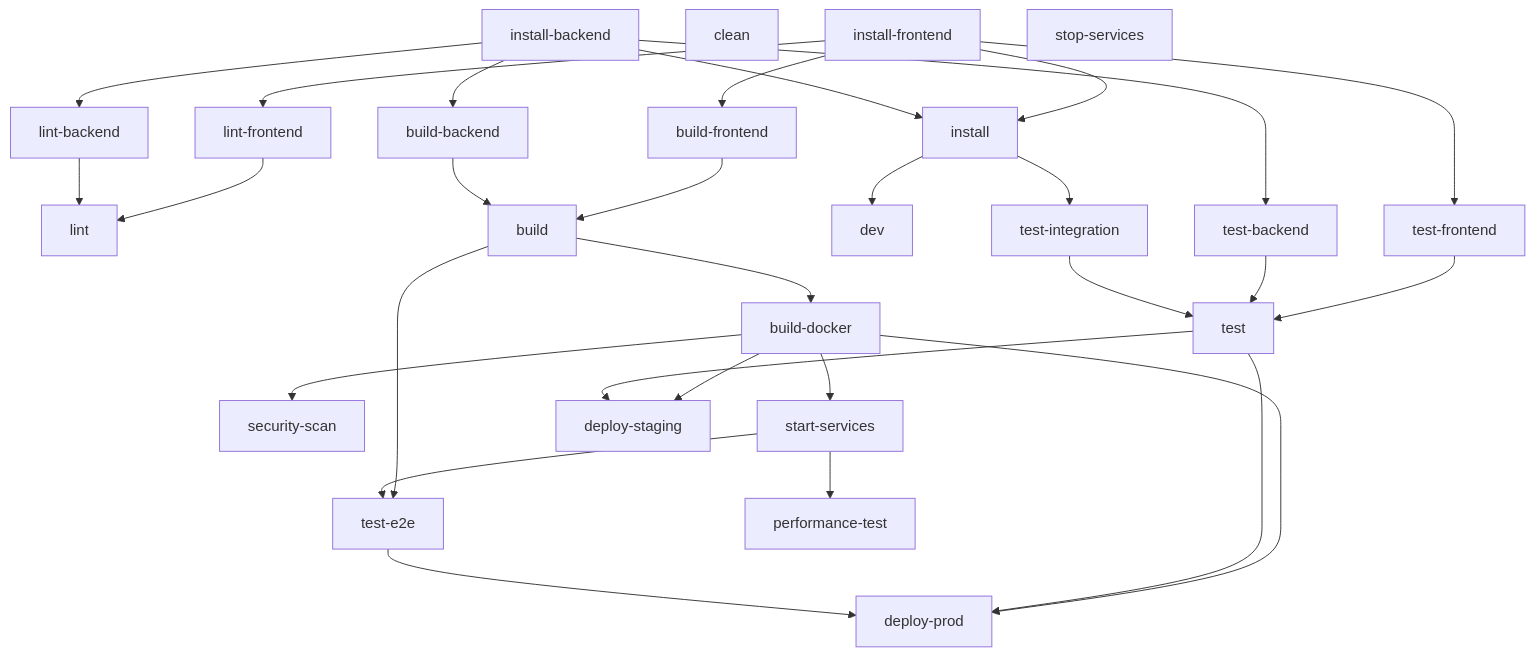
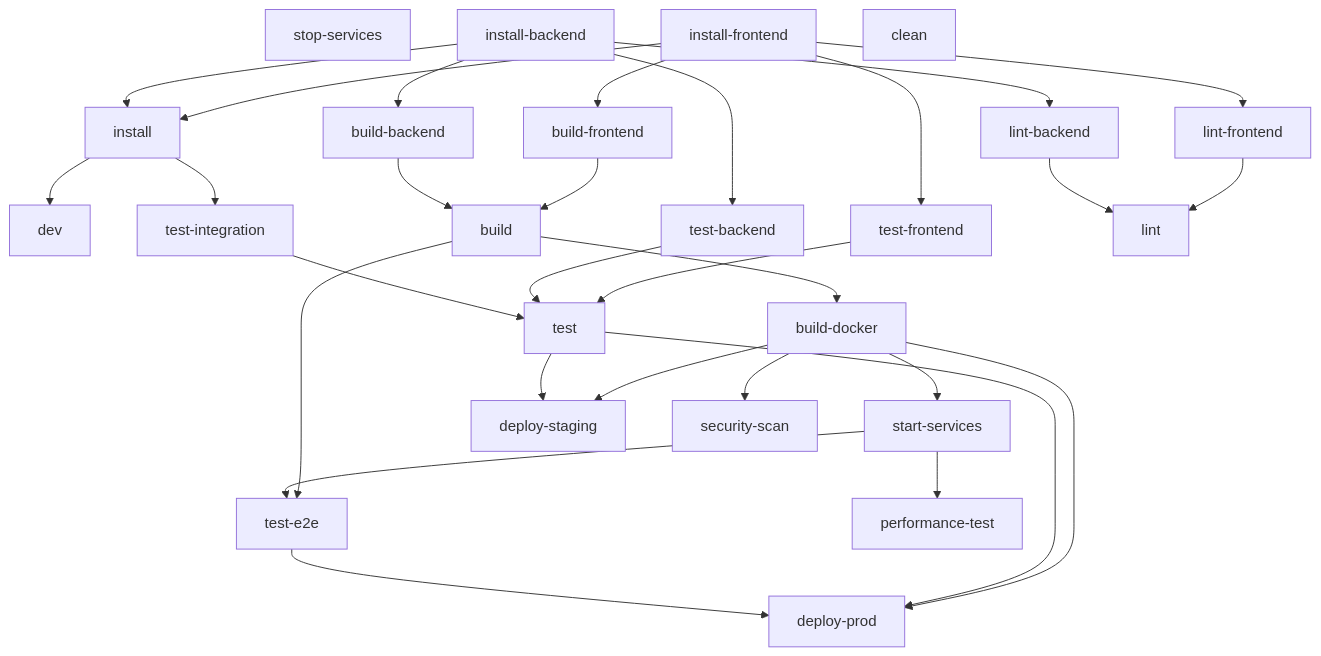
One commit to nichecode/pipeline-analyzer changed the diagram in examples/complex-webapp/.discovery/pipeline-analyzer/gotask/tasks/dependency-graph.md. Above: the diagram before and after it, drawn with Mermaid. The commit also changed other lines of this file and 20 other files, not shown here.

First line of the commit message:
Complete simple Mermaid diagram implementation for all supported tools

````diff
--- a/examples/complex-webapp/.discovery/pipeline-analyzer/gotask/tasks/dependency-graph.md
+++ b/examples/complex-webapp/.discovery/pipeline-analyzer/gotask/tasks/dependency-graph.md
@@ -13,54 +13,54 @@
 ```mermaid
 graph TD
+    dev["dev"]
+    install["install"]
+    test-backend["test-backend"]
+    test-e2e["test-e2e"]
+    build-frontend["build-frontend"]
+    start-services["start-services"]
+    stop-services["stop-services"]
+    deploy-staging["deploy-staging"]
+    install-backend["install-backend"]
+    test-frontend["test-frontend"]
+    test-integration["test-integration"]
+    build-docker["build-docker"]
+    security-scan["security-scan"]
+    install-frontend["install-frontend"]
     test["test"]
-    test-e2e["test-e2e"]
+    lint-backend["lint-backend"]
+    build["build"]
+    deploy-prod["deploy-prod"]
+    clean["clean"]
     lint["lint"]
     lint-frontend["lint-frontend"]
-    build["build"]
-    build-frontend["build-frontend"]
     build-backend["build-backend"]
-    security-scan["security-scan"]
-    install["install"]
-    install-backend["install-backend"]
-    build-docker["build-docker"]
     performance-test["performance-test"]
-    clean["clean"]
-    dev["dev"]
-    test-frontend["test-frontend"]
-    test-integration["test-integration"]
-    lint-backend["lint-backend"]
-    start-services["start-services"]
-    deploy-prod["deploy-prod"]
-    install-frontend["install-frontend"]
-    test-backend["test-backend"]
-    stop-services["stop-services"]
-    deploy-staging["deploy-staging"]
+    start-services --> performance-test
+    install-backend --> test-backend
+    build --> test-e2e
+    start-services --> test-e2e
+    install-frontend --> test-frontend
+    lint-frontend --> lint
+    lint-backend --> lint
+    install-frontend --> lint-frontend
+    install-frontend --> install
+    install-backend --> install
+    install-frontend --> build-frontend
+    build --> build-docker
+    build-docker --> security-scan
+    build-docker --> deploy-prod
+    test --> deploy-prod
+    test-e2e --> deploy-prod
+    install-backend --> build-backend
     install --> dev
-    install-backend --> test-backend
+    build-docker --> start-services
+    build-docker --> deploy-staging
+    test --> deploy-staging
+    install --> test-integration
     test-frontend --> test
     test-backend --> test
     test-integration --> test
-    install-frontend --> build-frontend
-    build --> build-docker
-    install-frontend --> test-frontend
-    build-docker --> deploy-prod
-    test --> deploy-prod
-    test-e2e --> deploy-prod
-    build-docker --> deploy-staging
-    test --> deploy-staging
-    build --> test-e2e
-    start-services --> test-e2e
     install-backend --> lint-backend
-    install-backend --> build-backend
-    install-frontend --> install
-    install-backend --> install
-    start-services --> performance-test
-    install --> test-integration
-    build-docker --> start-services
-    lint-frontend --> lint
-    lint-backend --> lint
-    install-frontend --> lint-frontend
     build-frontend --> build
     build-backend --> build
-    build-docker --> security-scan
 ```
````
